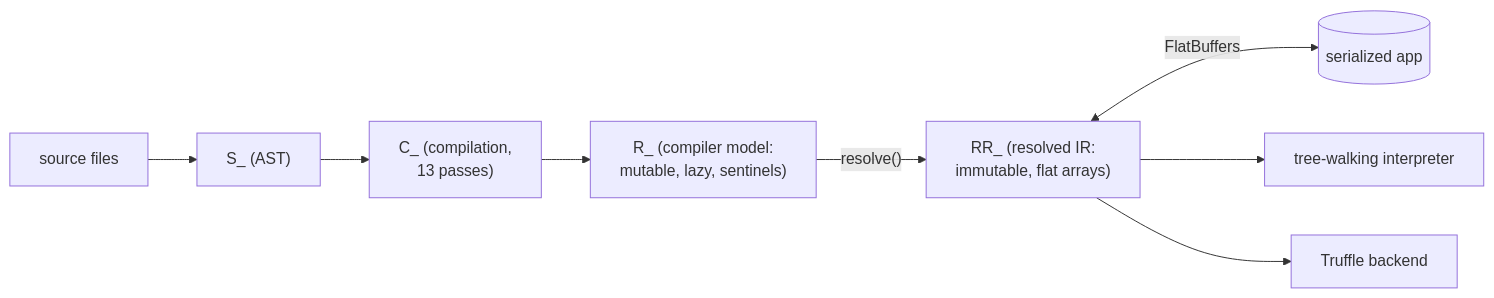
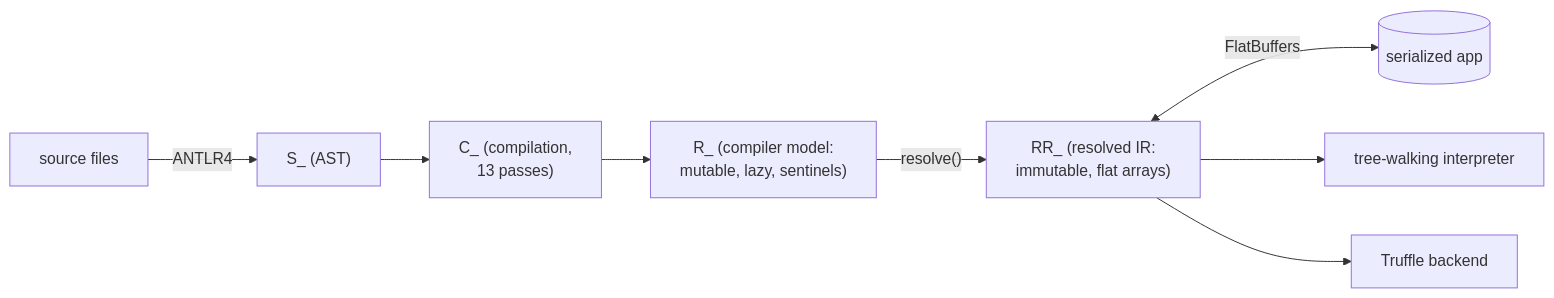
One commit to CommanderTvis/writing changed the first of 3 diagrams in rr-truffle-rewrite/README.md. Above: the diagram before and after it, drawn with Mermaid.

Commit message:
rr-truffle-rewrite: label the parse arrow with ANTLR4

````diff
--- a/rr-truffle-rewrite/README.md
+++ b/rr-truffle-rewrite/README.md
@@ -140,10 +140,10 @@
 ```mermaid
 flowchart LR
-    SRC[source files] --> S["S_ (AST)"]
+    SRC[source files] -- "ANTLR4" --> S["S_ (AST)"]
     S --> C["C_ (compilation,<br/>13 passes)"]
     C --> R["R_ (compiler model:<br/>mutable, lazy, sentinels)"]
     R -- "resolve()" --> RR["RR_ (resolved IR:<br/>immutable, flat arrays)"]
     RR <-- FlatBuffers --> BIN[("serialized app")]
     RR --> INT["tree-walking interpreter"]
     RR --> TF["Truffle backend"]
 ```
````
